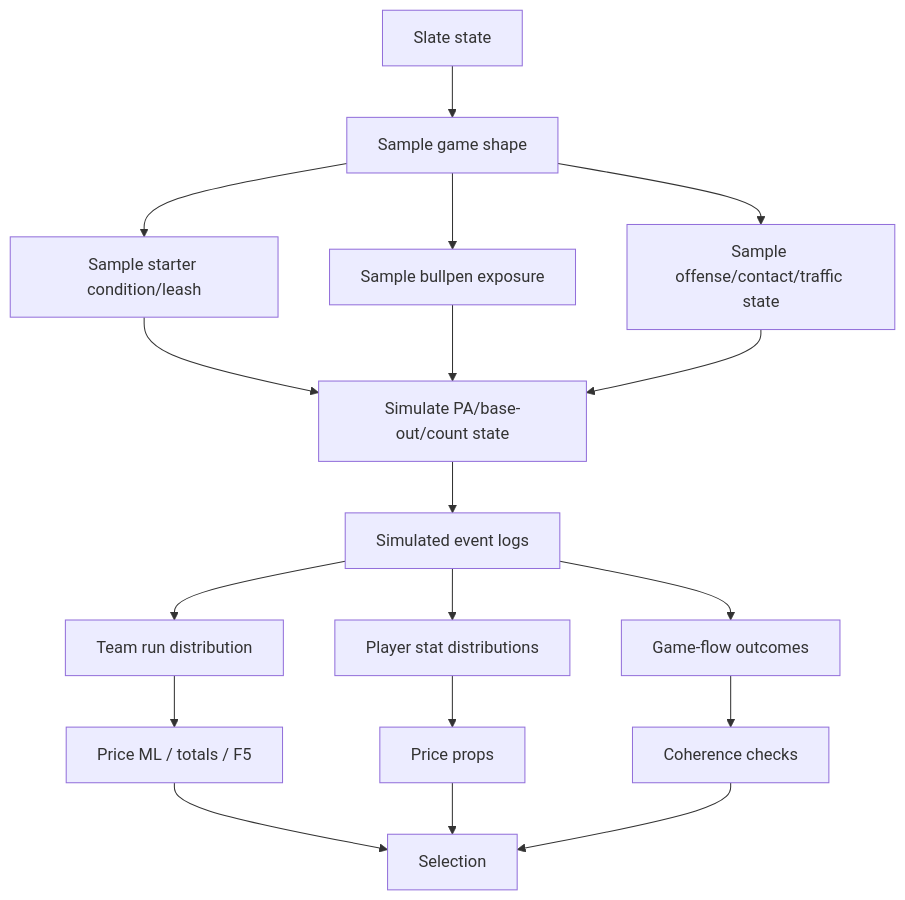
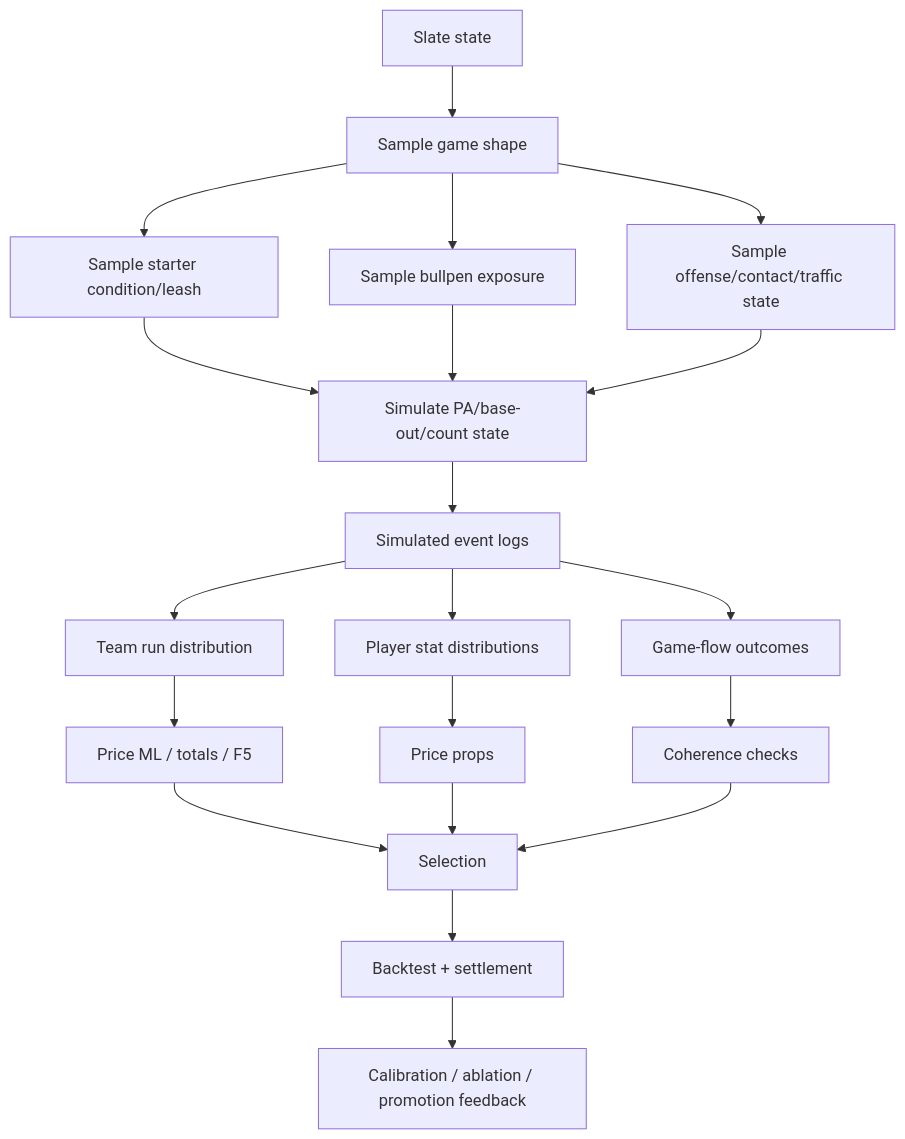
Before and after one commit to jiancchen/SlateAi: the second of 2 diagrams in development-docs/mlb/models/mlb-m3-hierarchical-simulator-architecture.md, drawn with Mermaid. The commit also changed other lines of this file and 8 other files, not shown here.

````diff
--- a/development-docs/mlb/models/mlb-m3-hierarchical-simulator-architecture.md
+++ b/development-docs/mlb/models/mlb-m3-hierarchical-simulator-architecture.md
@@ -93,23 +105,25 @@
 ```mermaid
 flowchart TD
   S["Slate state"] --> GS["Sample game shape"]
   GS --> SP["Sample starter condition/leash"]
   GS --> BP["Sample bullpen exposure"]
   GS --> OFF["Sample offense/contact/traffic state"]
 
   SP --> SIM["Simulate PA/base-out/count state"]
   BP --> SIM
   OFF --> SIM
 
   SIM --> LOG["Simulated event logs"]
   LOG --> TR["Team run distribution"]
   LOG --> PR["Player stat distributions"]
   LOG --> GF["Game-flow outcomes"]
 
   TR --> MK["Price ML / totals / F5"]
   PR --> PK["Price props"]
   GF --> CK["Coherence checks"]
   MK --> SEL["Selection"]
   PK --> SEL
   CK --> SEL
+  SEL --> BT["Backtest + settlement"]
+  BT --> FB["Calibration / ablation / promotion feedback"]
 ```
````
